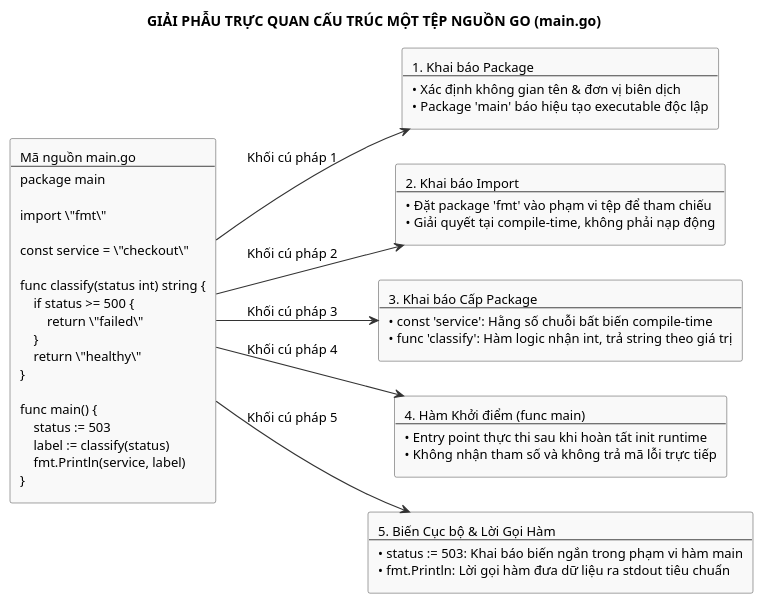
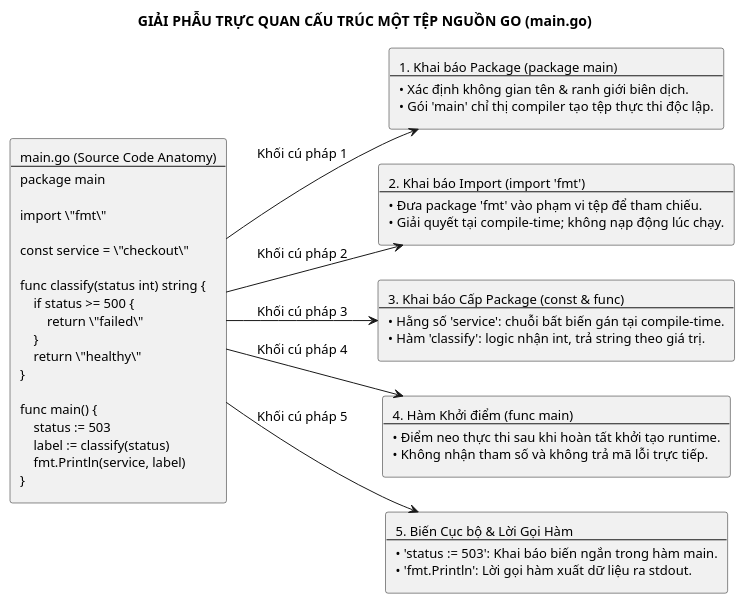
The diagram in assets/diagrams/go-source-anatomy.puml (Minhlike/Golang), drawn with PlantUML before and after one commit. The commit also changed 13 other files, not shown here.

Commit message:
fix(diagrams): repair visual collisions in Figures 1-6 and enforce Matplotlib glyph bbox/border audit

```diff
--- a/assets/diagrams/go-source-anatomy.puml
+++ b/assets/diagrams/go-source-anatomy.puml
@@ -1,39 +1,26 @@
 @startuml
+' AUTHORITATIVE SOURCE OF TRUTH: scripts/render_figures_1_6.py
+' Auto-synchronized from the canonical specification in scripts/render_figures_1_6.py.
 skinparam backgroundColor white
 skinparam shadowing false
 skinparam defaultFontName "Source Sans 3"
 skinparam defaultFontSize 13
 skinparam defaultFontColor #000000
-
-skinparam rectangle {
-  BackgroundColor #F9F9F9
-  BorderColor #444444
-  FontColor #000000
-  RoundCorner 4
-}
-
-skinparam arrowColor #333333
-skinparam ArrowThickness 1.1
-
 title GIẢI PHẪU TRỰC QUAN CẤU TRÚC MỘT TỆP NGUỒN GO (main.go)
 
 left to right direction
 
-rectangle "Mã nguồn main.go\n---\npackage main\n\nimport \"fmt\"\n\nconst service = \"checkout\"\n\nfunc classify(status int) string {\n    if status >= 500 {\n        return \"failed\"\n    }\n    return \"healthy\"\n}\n\nfunc main() {\n    status := 503\n    label := classify(status)\n    fmt.Println(service, label)\n}" as code
+rectangle "main.go (Source Code Anatomy)\n---\npackage main\n\nimport \"fmt\"\n\nconst service = \"checkout\"\n\nfunc classify(status int) string {\n    if status >= 500 {\n        return \"failed\"\n    }\n    return \"healthy\"\n}\n\nfunc main() {\n    status := 503\n    label := classify(status)\n    fmt.Println(service, label)\n}" as code
 
-rectangle "1. Khai báo Package\n---\n• Xác định không gian tên & đơn vị biên dịch\n• Package 'main' báo hiệu tạo executable độc lập" as zone1
-
-rectangle "2. Khai báo Import\n---\n• Đặt package 'fmt' vào phạm vi tệp để tham chiếu\n• Giải quyết tại compile-time, không phải nạp động" as zone2
-
-rectangle "3. Khai báo Cấp Package\n---\n• const 'service': Hằng số chuỗi bất biến compile-time\n• func 'classify': Hàm logic nhận int, trả string theo giá trị" as zone3
-
-rectangle "4. Hàm Khởi điểm (func main)\n---\n• Entry point thực thi sau khi hoàn tất init runtime\n• Không nhận tham số và không trả mã lỗi trực tiếp" as zone4
-
-rectangle "5. Biến Cục bộ & Lời Gọi Hàm\n---\n• status := 503: Khai báo biến ngắn trong phạm vi hàm main\n• fmt.Println: Lời gọi hàm đưa dữ liệu ra stdout tiêu chuẩn" as zone5
+rectangle "1. Khai báo Package (package main)\n---\n• Xác định không gian tên & ranh giới biên dịch.\n• Gói 'main' chỉ thị compiler tạo tệp thực thi độc lập." as zone1
+rectangle "2. Khai báo Import (import 'fmt')\n---\n• Đưa package 'fmt' vào phạm vi tệp để tham chiếu.\n• Giải quyết tại compile-time; không nạp động lúc chạy." as zone2
+rectangle "3. Khai báo Cấp Package (const & func)\n---\n• Hằng số 'service': chuỗi bất biến gán tại compile-time.\n• Hàm 'classify': logic nhận int, trả string theo giá trị." as zone3
+rectangle "4. Hàm Khởi điểm (func main)\n---\n• Điểm neo thực thi sau khi hoàn tất khởi tạo runtime.\n• Không nhận tham số và không trả mã lỗi trực tiếp." as zone4
+rectangle "5. Biến Cục bộ & Lời Gọi Hàm\n---\n• 'status := 503': Khai báo biến ngắn trong hàm main.\n• 'fmt.Println': Lời gọi hàm xuất dữ liệu ra stdout." as zone5
 
 code --> zone1 : Khối cú pháp 1
 code --> zone2 : Khối cú pháp 2
 code --> zone3 : Khối cú pháp 3
 code --> zone4 : Khối cú pháp 4
 code --> zone5 : Khối cú pháp 5
 @enduml
```
